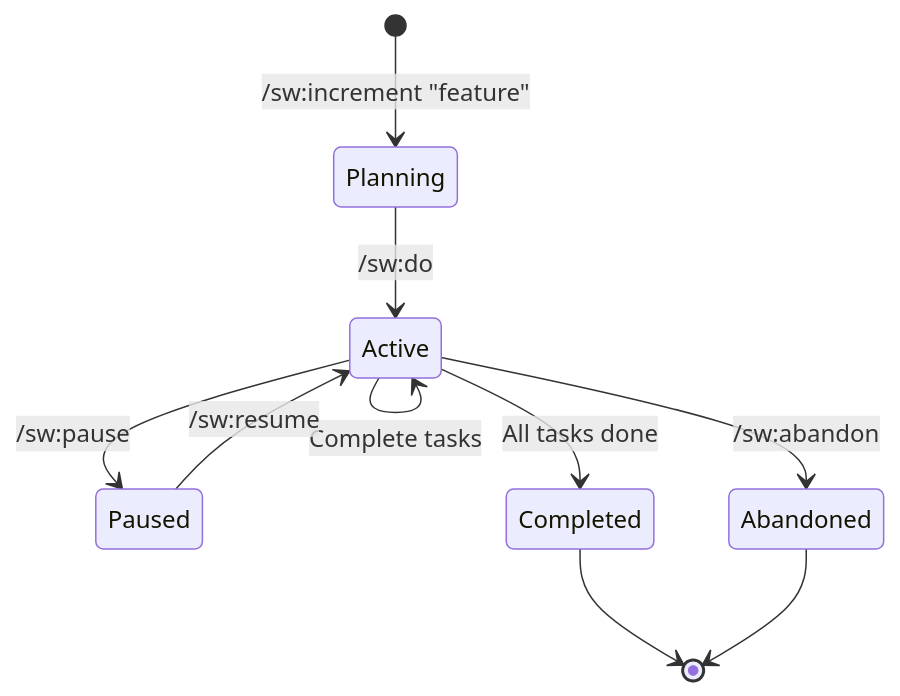
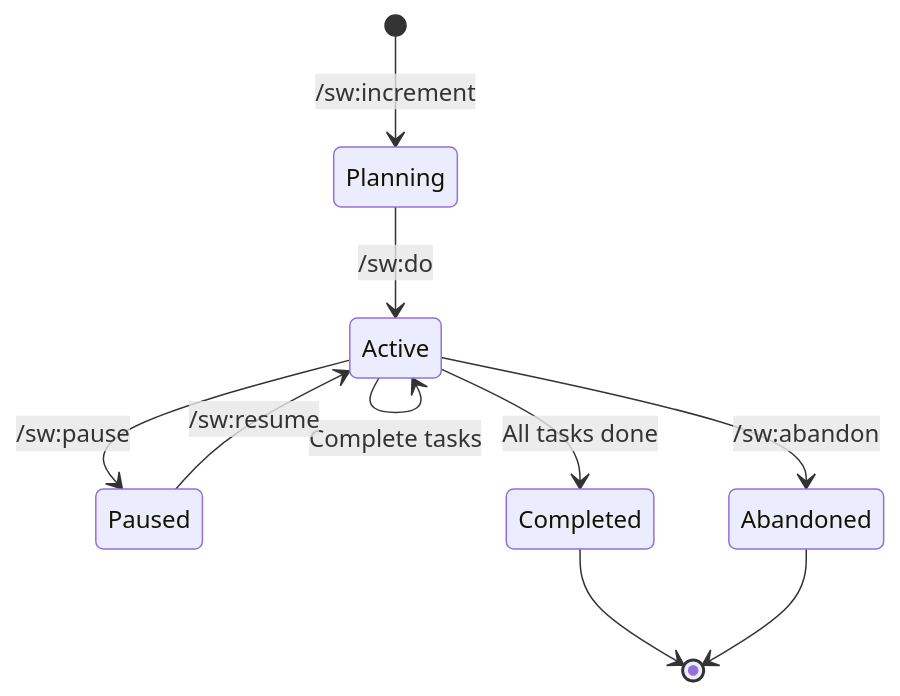
Before and after one commit to anton-abyzov/specweave: the third of 3 diagrams in docs-site/docs/guides/core-concepts/what-is-an-increment.md, drawn with Mermaid. The commit also changed 23 other files, not shown here.

Commit message:
fix: repair 24 broken Mermaid diagrams — quote special chars, fix state/sequence syntax

````diff
--- a/docs-site/docs/guides/core-concepts/what-is-an-increment.md
+++ b/docs-site/docs/guides/core-concepts/what-is-an-increment.md
@@ -142,12 +142,12 @@
 ```mermaid
 stateDiagram-v2
-    [*] --> Planning: /sw:increment "feature"
-    Planning --> Active: /sw:do
-    Active --> Active: Complete tasks
-    Active --> Paused: /sw:pause
-    Paused --> Active: /sw:resume
-    Active --> Completed: All tasks done
-    Active --> Abandoned: /sw:abandon
+    [*] --> Planning : /sw:increment
+    Planning --> Active : /sw:do
+    Active --> Active : Complete tasks
+    Active --> Paused : /sw:pause
+    Paused --> Active : /sw:resume
+    Active --> Completed : All tasks done
+    Active --> Abandoned : /sw:abandon
     Completed --> [*]
     Abandoned --> [*]
 ```
````
